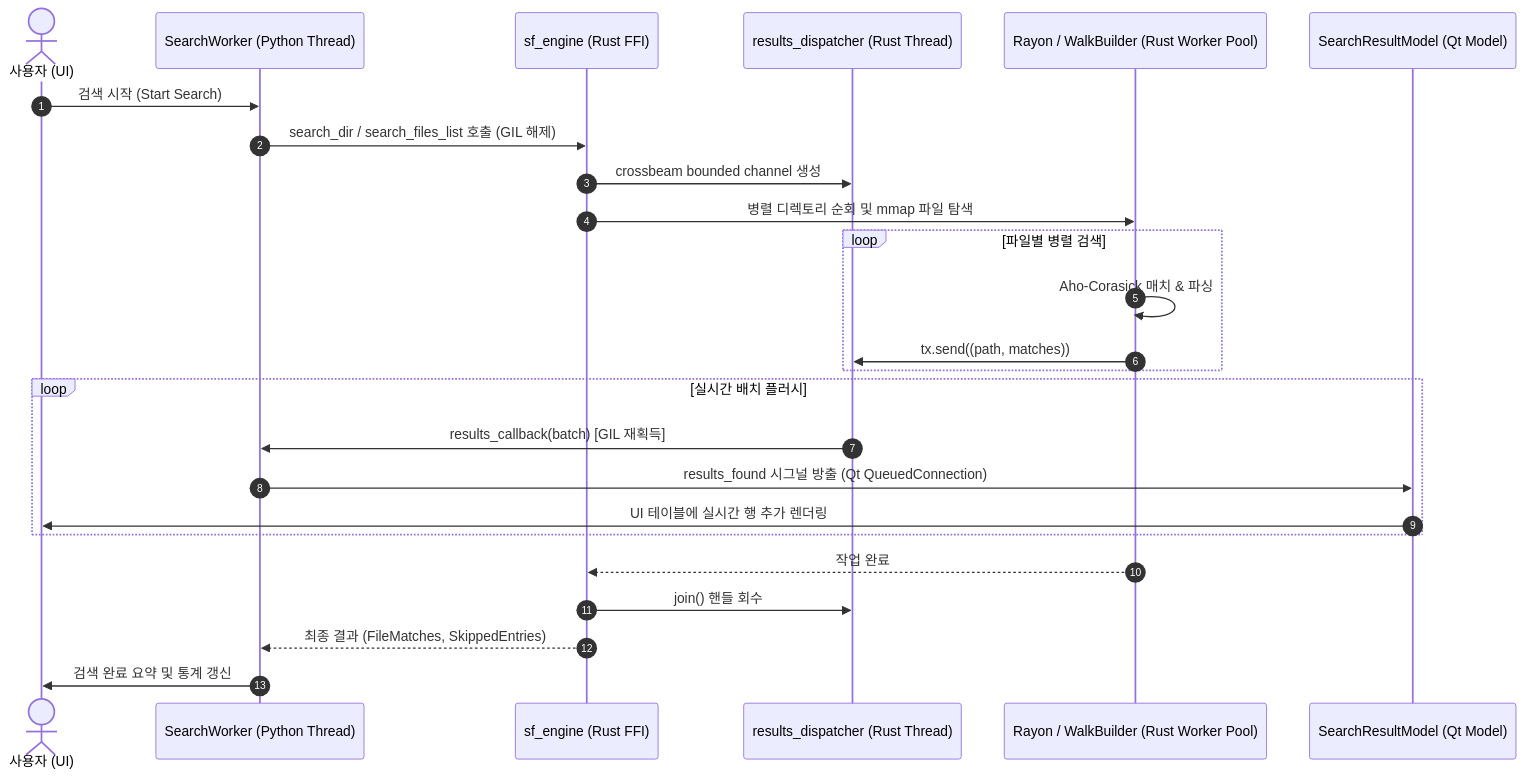
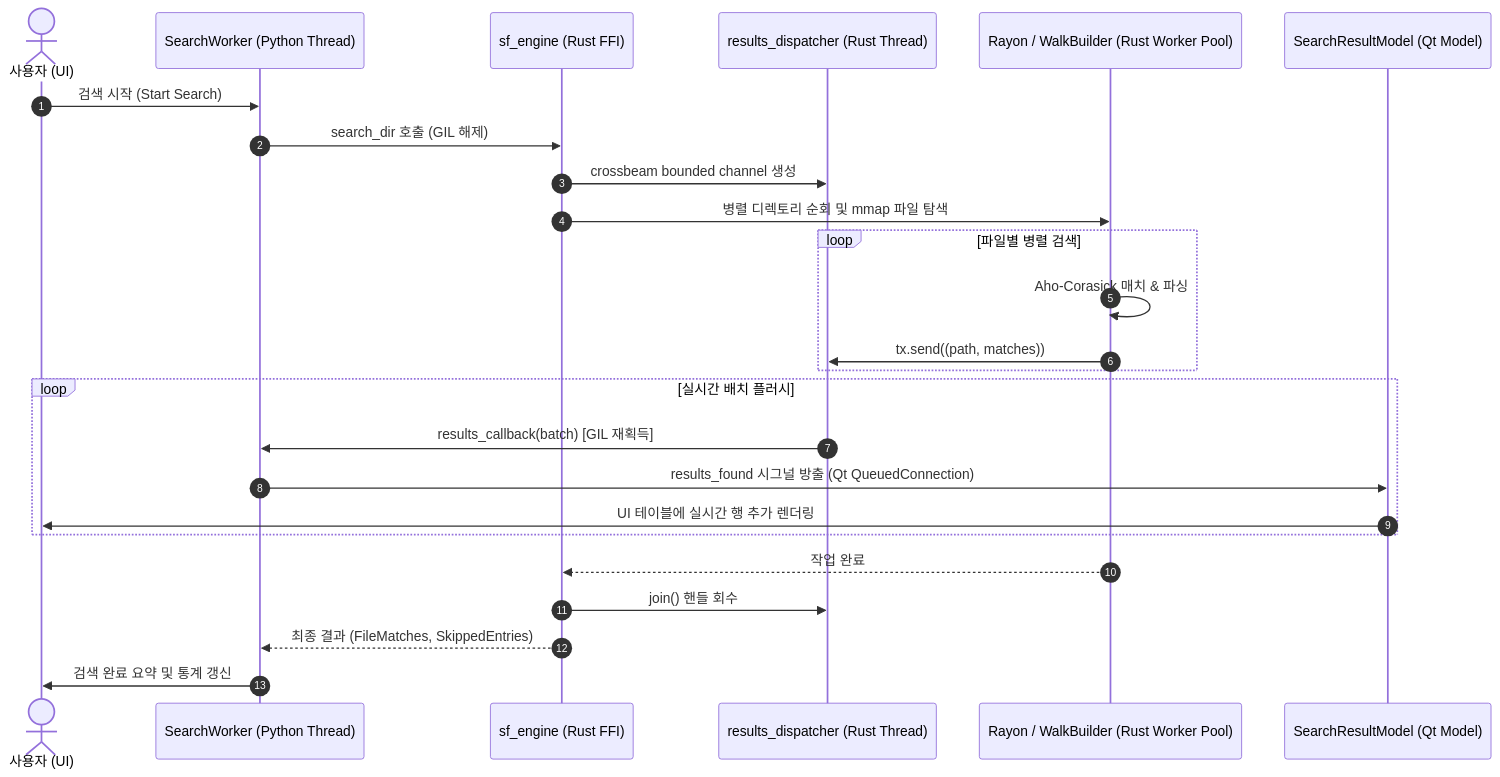
The diagram in docs/DEVELOPER_GUIDE.md (destinycase/StringFinder), drawn with Mermaid before and after one commit. The commit also changed other lines of this file and 64 other files, not shown here.

````diff
--- a/docs/DEVELOPER_GUIDE.md
+++ b/docs/DEVELOPER_GUIDE.md
@@ -51,28 +51,28 @@
 ```mermaid
 sequenceDiagram
     autonumber
     actor User as 사용자 (UI)
     participant Worker as SearchWorker (Python Thread)
     participant Engine as sf_engine (Rust FFI)
     participant Dispatcher as results_dispatcher (Rust Thread)
     participant Rayon as Rayon / WalkBuilder (Rust Worker Pool)
     participant Model as SearchResultModel (Qt Model)
 
     User->>Worker: 검색 시작 (Start Search)
-    Worker->>Engine: search_dir / search_files_list 호출 (GIL 해제)
+    Worker->>Engine: search_dir 호출 (GIL 해제)
     Engine->>Dispatcher: crossbeam bounded channel 생성
     Engine->>Rayon: 병렬 디렉토리 순회 및 mmap 파일 탐색
     loop 파일별 병렬 검색
         Rayon->>Rayon: Aho-Corasick 매치 & 파싱
         Rayon->>Dispatcher: tx.send((path, matches))
     end
     loop 실시간 배치 플러시
         Dispatcher->>Worker: results_callback(batch) [GIL 재획득]
         Worker->>Model: results_found 시그널 방출 (Qt QueuedConnection)
         Model->>User: UI 테이블에 실시간 행 추가 렌더링
     end
     Rayon-->>Engine: 작업 완료
     Engine->>Dispatcher: join() 핸들 회수
     Engine-->>Worker: 최종 결과 (FileMatches, SkippedEntries)
     Worker->>User: 검색 완료 요약 및 통계 갱신
 ```
````
